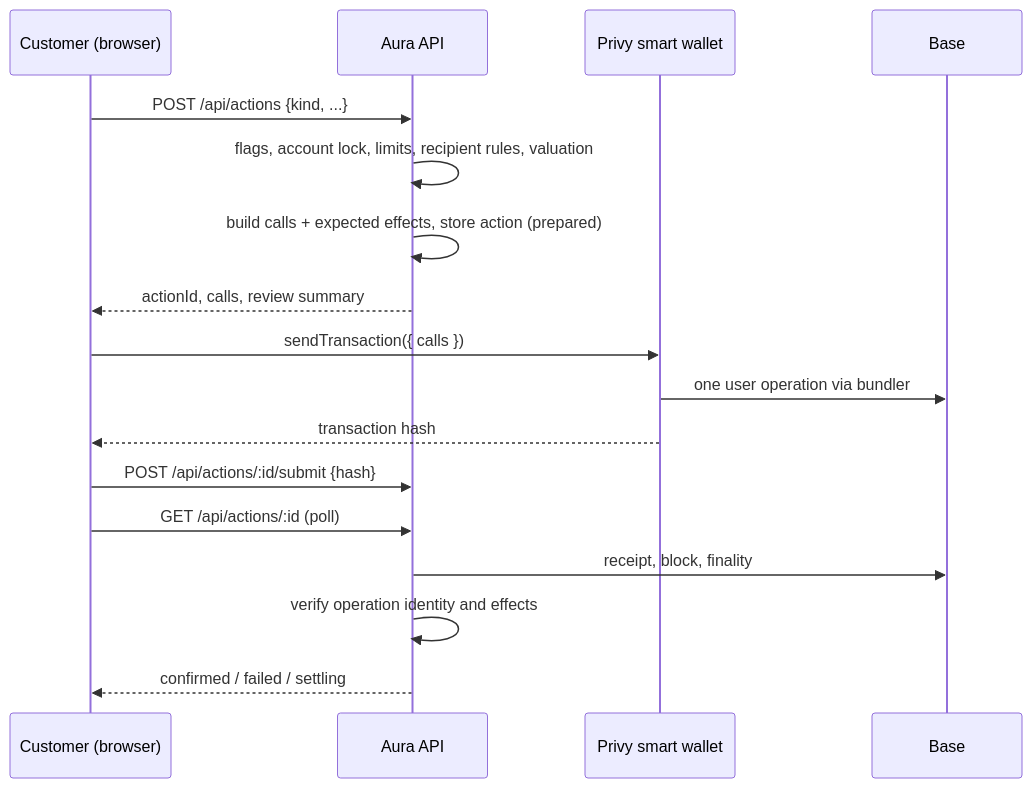
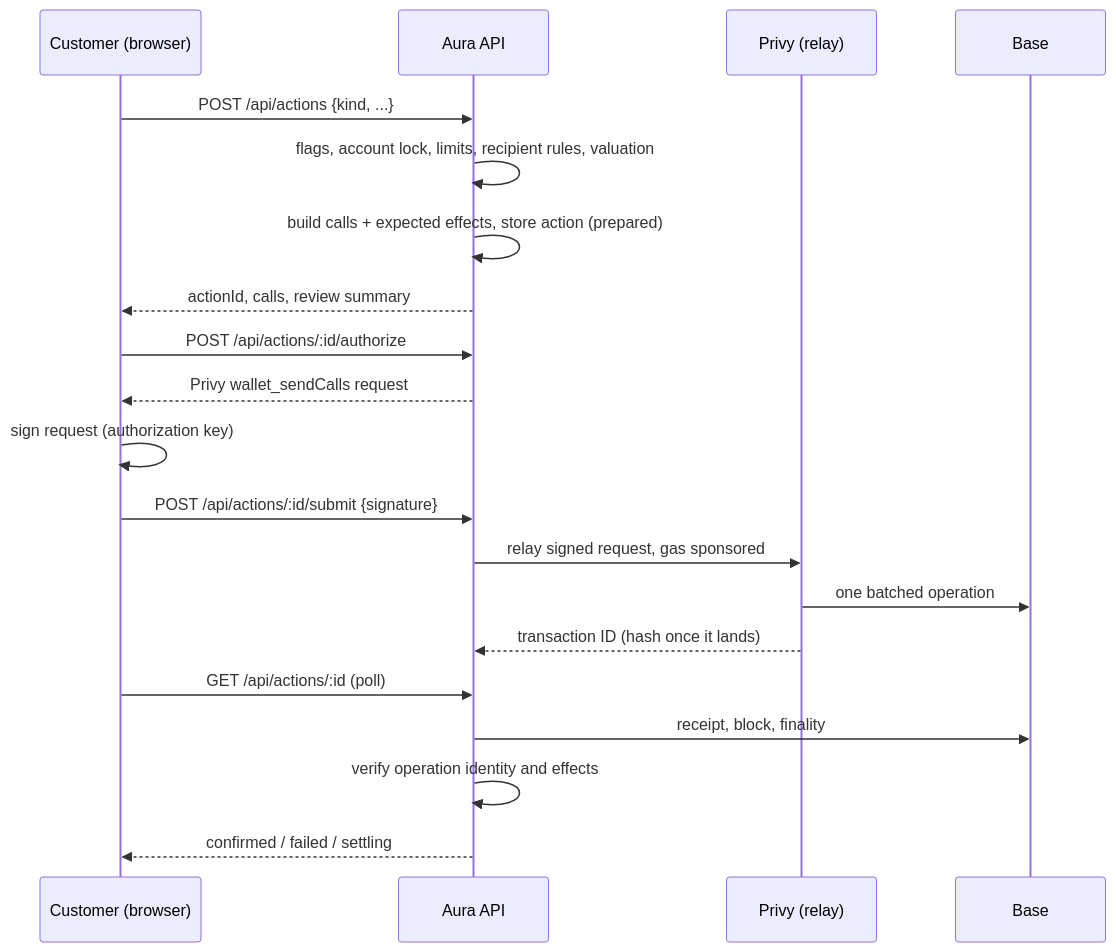
Before and after one commit to arthurtouble/crypto-neo-bank: the diagram in docs/architecture/money-actions.md, drawn with Mermaid. The commit also changed other lines of this file and 29 other files, not shown here.

First line of the commit message:
Make the Privy embedded wallet the Aura account, with Privy-sponsored gas

````diff
--- a/docs/architecture/money-actions.md
+++ b/docs/architecture/money-actions.md
@@ -24,19 +21,22 @@
 ```mermaid
 sequenceDiagram
     participant C as Customer (browser)
     participant A as Aura API
-    participant W as Privy smart wallet
+    participant W as Privy (relay)
     participant B as Base
     C->>A: POST /api/actions {kind, ...}
     A->>A: flags, account lock, limits, recipient rules, valuation
     A->>A: build calls + expected effects, store action (prepared)
     A-->>C: actionId, calls, review summary
-    C->>W: sendTransaction({ calls })
-    W->>B: one user operation via bundler
-    W-->>C: transaction hash
-    C->>A: POST /api/actions/:id/submit {hash}
+    C->>A: POST /api/actions/:id/authorize
+    A-->>C: Privy wallet_sendCalls request
+    C->>C: sign request (authorization key)
+    C->>A: POST /api/actions/:id/submit {signature}
+    A->>W: relay signed request, gas sponsored
+    W->>B: one batched operation
+    W-->>A: transaction ID (hash once it lands)
     C->>A: GET /api/actions/:id (poll)
     A->>B: receipt, block, finality
     A->>A: verify operation identity and effects
     A-->>C: confirmed / failed / settling
 ```
````
